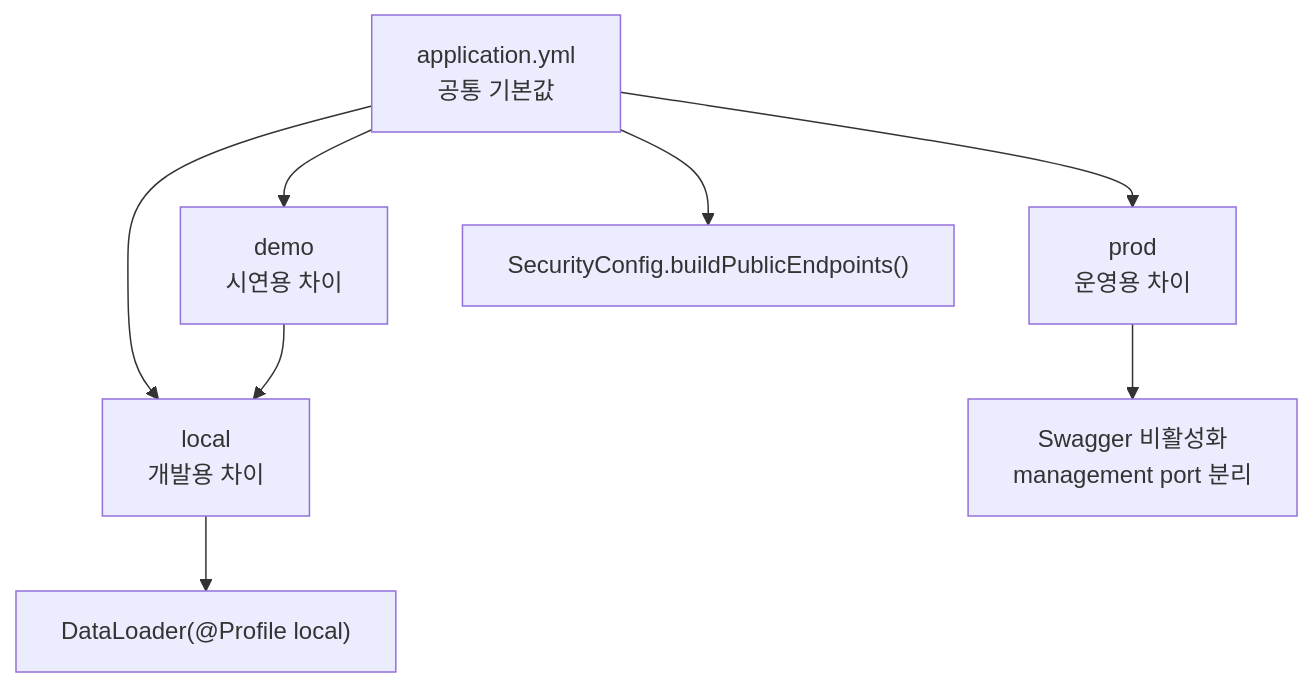
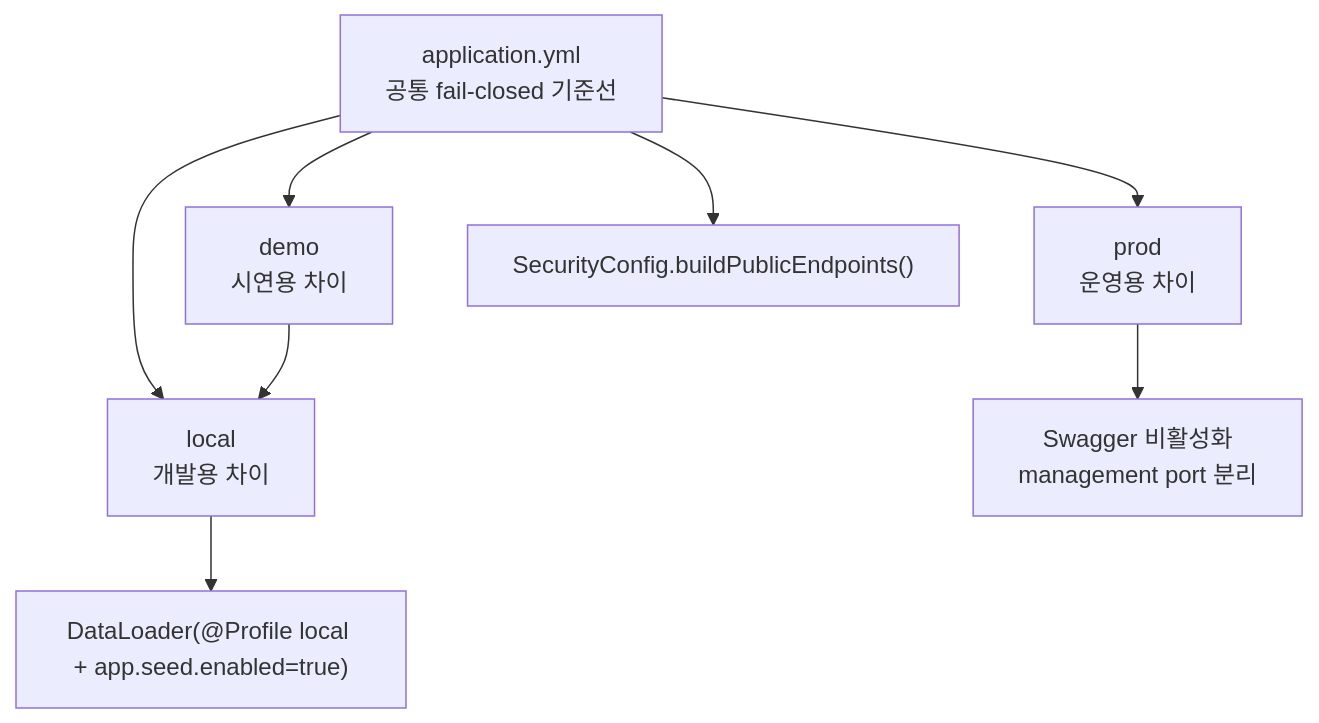
The first of 2 diagrams in blog/04-application-yml-and-profile-strategy.md (answndud/Kindergarten_ERP), drawn with Mermaid before and after one commit. The commit also changed other lines of this file and 38 other files, not shown here.

````diff
--- a/blog/04-application-yml-and-profile-strategy.md
+++ b/blog/04-application-yml-and-profile-strategy.md
@@ -134,10 +134,10 @@
 ```mermaid
 flowchart TD
-    A["application.yml<br/>공통 기본값"] --> B["local<br/>개발용 차이"]
+    A["application.yml<br/>공통 fail-closed 기준선"] --> B["local<br/>개발용 차이"]
     A --> C["demo<br/>시연용 차이"]
     A --> D["prod<br/>운영용 차이"]
     C --> B
-    B --> E["DataLoader(@Profile local)"]
+    B --> E["DataLoader(@Profile local + app.seed.enabled=true)"]
     A --> F["SecurityConfig.buildPublicEndpoints()"]
     D --> G["Swagger 비활성화<br/>management port 분리"]
 ```
````
